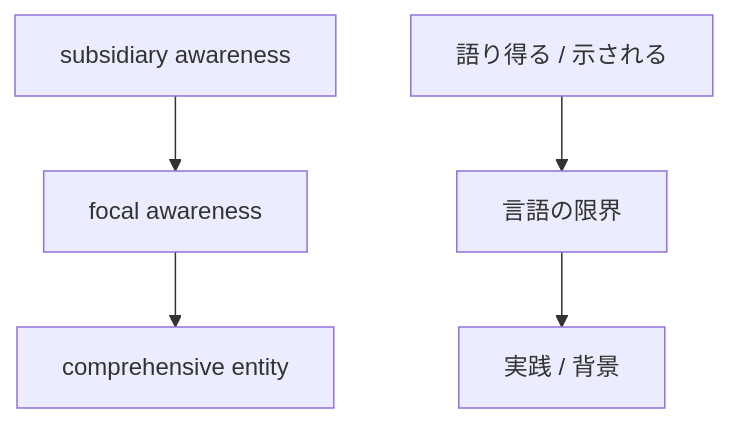
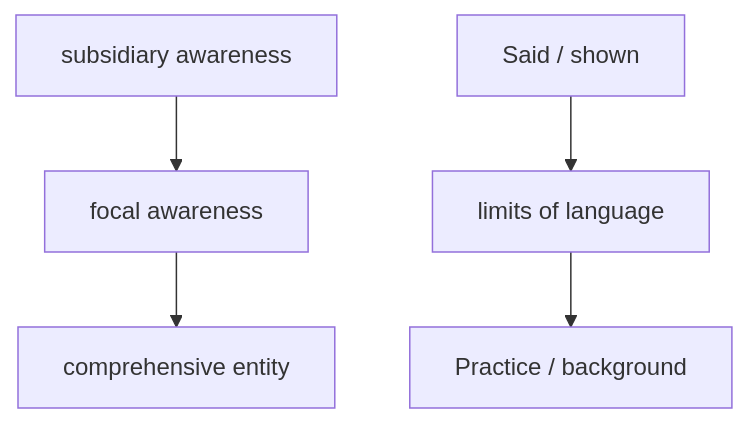
One commit to daylight55/research changed the second of 2 diagrams in content/blog/en/polanyi-wittgenstein-tacit-knowledge.mdx. Above: the diagram before and after it, drawn with Mermaid. The commit also changed other lines of this file and 26 other files, not shown here.

Commit message:
Translate English Mermaid labels

````diff
--- a/content/blog/en/polanyi-wittgenstein-tacit-knowledge.mdx
+++ b/content/blog/en/polanyi-wittgenstein-tacit-knowledge.mdx
@@ -102,7 +102,7 @@
 ```mermaid
 flowchart TB
   SA["subsidiary awareness"] --> FA["focal awareness"]
   FA --> CE["comprehensive entity"]
-  SAYSHOW["語り得る / 示される"] --> LIM["言語の限界"]
-  LIM --> PRACTICE["実践 / 背景"]
+  SAYSHOW["Said / shown"] --> LIM["limits of language"]
+  LIM --> PRACTICE["Practice / background"]
 ```
````
